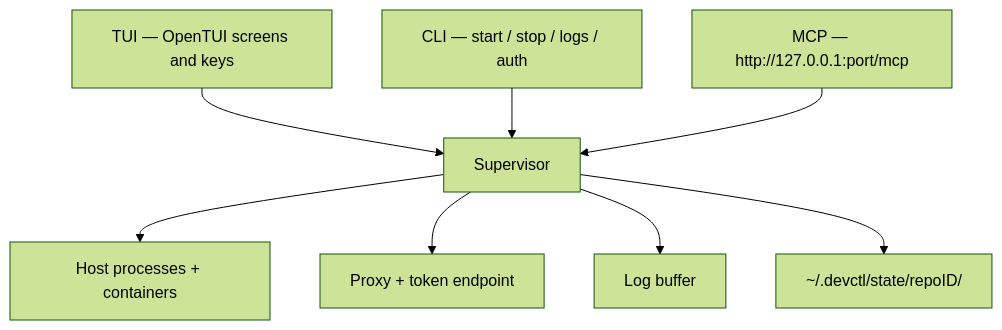
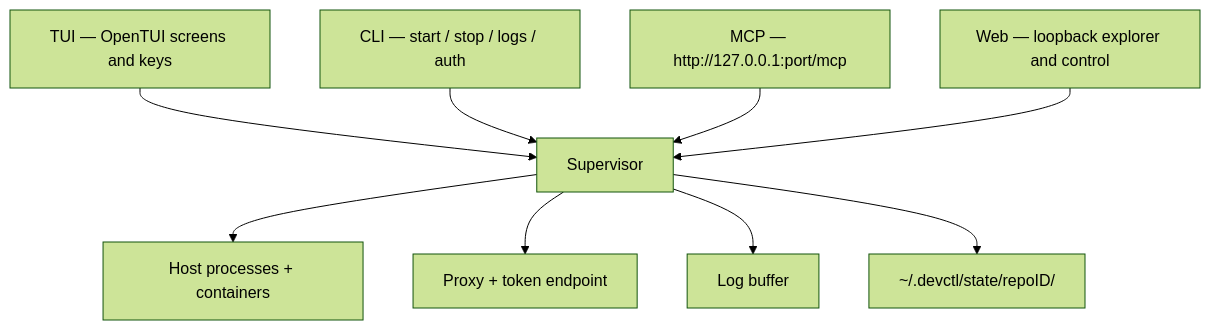
The first of 2 diagrams in docs/overview.md (amr-m-abdelgawad/devctl), drawn with Mermaid (forest theme) before and after one commit. The commit also changed other lines of this file and 66 other files, not shown here.

````diff
--- a/docs/overview.md
+++ b/docs/overview.md
@@ -5,16 +5,18 @@
 ```mermaid
 flowchart TB
   tui["TUI — OpenTUI screens and keys"]
   cli["CLI — start / stop / logs / auth"]
   mcp["MCP — http://127.0.0.1:port/mcp"]
+  web["Web — loopback explorer and control"]
   sup["Supervisor"]
   disk["~/.devctl/state/repoID/"]
 
   tui --> sup
   cli --> sup
   mcp --> sup
+  web --> sup
   sup --> runtime["Host processes + containers"]
   sup --> proxy["Proxy + token endpoint"]
   sup --> logs["Log buffer"]
   sup --> disk
 ```
````
